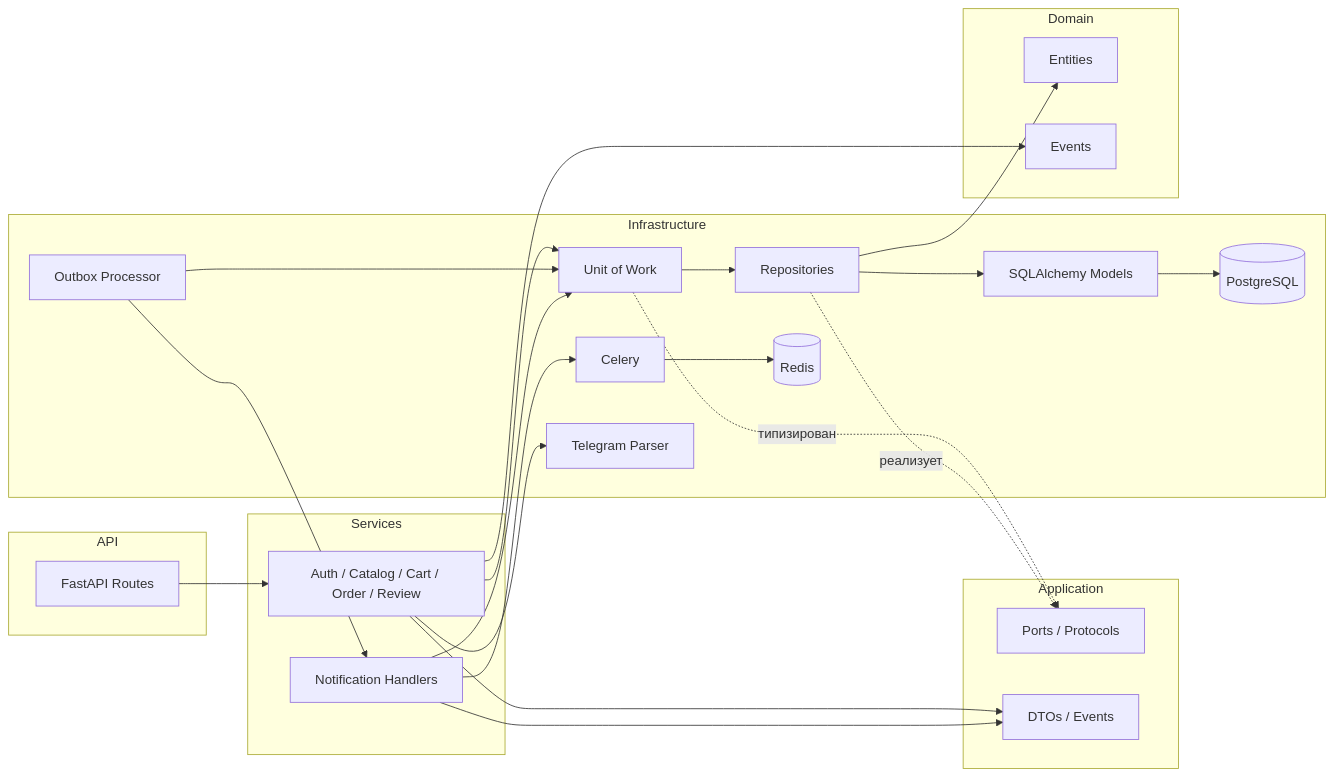
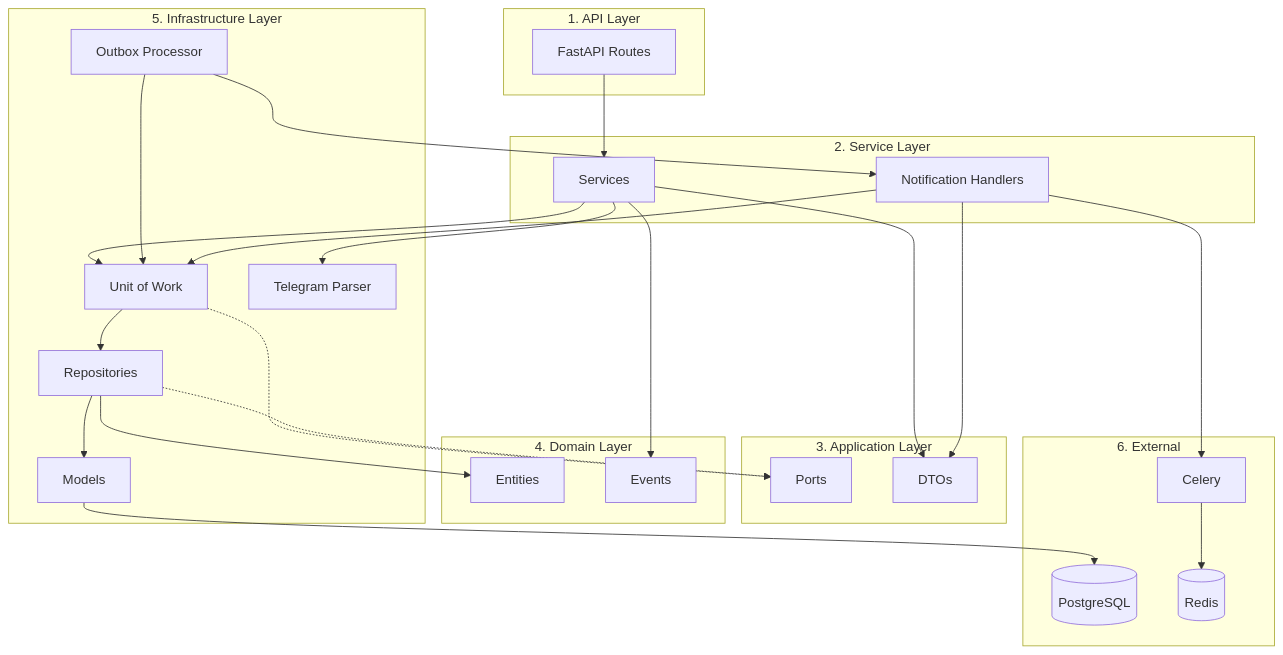
Before and after one commit to Mist3s/leaf-flow: the diagram in README.md, drawn with Mermaid.

Commit message:
refactor: update README.md

````diff
--- a/README.md
+++ b/README.md
@@ -99,51 +99,58 @@
 ```mermaid
-graph LR
-    subgraph API
+graph TB
+    subgraph "1. API Layer"
         Routes[FastAPI Routes]
     end
 
-    subgraph Services
-        SVC[Auth / Catalog / Cart / Order / Review]
+    subgraph "2. Service Layer"
+        SVC[Services]
         HANDLERS[Notification Handlers]
     end
 
-    subgraph Application
-        PORTS[Ports / Protocols]
-        DTO[DTOs / Events]
+    subgraph "3. Application Layer"
+        PORTS[Ports]
+        DTO[DTOs]
     end
 
-    subgraph Infrastructure
-        UOW[Unit of Work]
-        REPO[Repositories]
-        MODELS[SQLAlchemy Models]
-        DB[(PostgreSQL)]
-        OUTBOX[Outbox Processor]
-        CELERY[Celery]
-        REDIS[(Redis)]
-        TELEGRAM[Telegram Parser]
-    end
-
-    subgraph Domain
+    subgraph "4. Domain Layer"
         ENTITIES[Entities]
         EVENTS[Events]
     end
 
+    subgraph "5. Infrastructure Layer"
+        UOW[Unit of Work]
+        REPO[Repositories]
+        MODELS[Models]
+        OUTBOX[Outbox Processor]
+        TELEGRAM[Telegram Parser]
+    end
+
+    subgraph "6. External"
+        DB[(PostgreSQL)]
+        CELERY[Celery]
+        REDIS[(Redis)]
+    end
+
+    %% Основной поток запроса
     Routes --> SVC
+    SVC --> UOW
+    UOW --> REPO
+    REPO --> MODELS
+    MODELS --> DB
+
+    %% Зависимости от абстракций
     SVC --> DTO
     SVC --> EVENTS
-    SVC --> UOW
     SVC --> TELEGRAM
-    UOW -.->|типизирован| PORTS
-    UOW --> REPO
-    REPO -.->|реализует| PORTS
-    REPO --> MODELS
     REPO --> ENTITIES
-    MODELS --> DB
+    UOW -.-> PORTS
+    REPO -.-> PORTS
 
+    %% Outbox Pattern
     OUTBOX --> UOW
     OUTBOX --> HANDLERS
     HANDLERS --> UOW
     HANDLERS --> DTO
     HANDLERS --> CELERY
     CELERY --> REDIS
 ```
````
